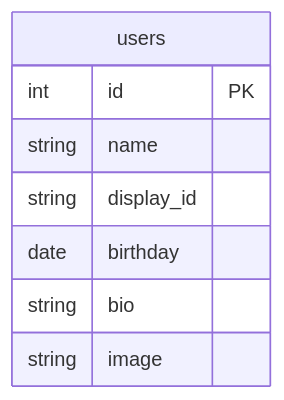
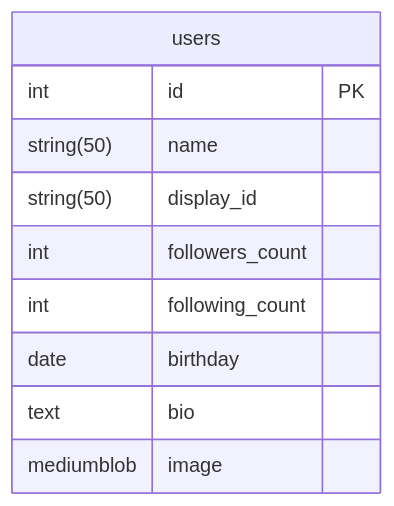
Before and after one commit to wakaDnna/A3: the diagram in README.md, drawn with Mermaid. The commit also changed other lines of this file and 5 other files, not shown here.

````diff
--- a/README.md
+++ b/README.md
@@ -11,13 +11,15 @@
 ```mermaid
 
 erDiagram
     users{
         int id PK
-        string name
-        string display_id
+        string(50) name
+        string(50) display_id 
+        int followers_count
+        int following_count
         date birthday
-        string bio
-        string image
+        text bio
+        mediumblob image
     }
 
 ```
````
